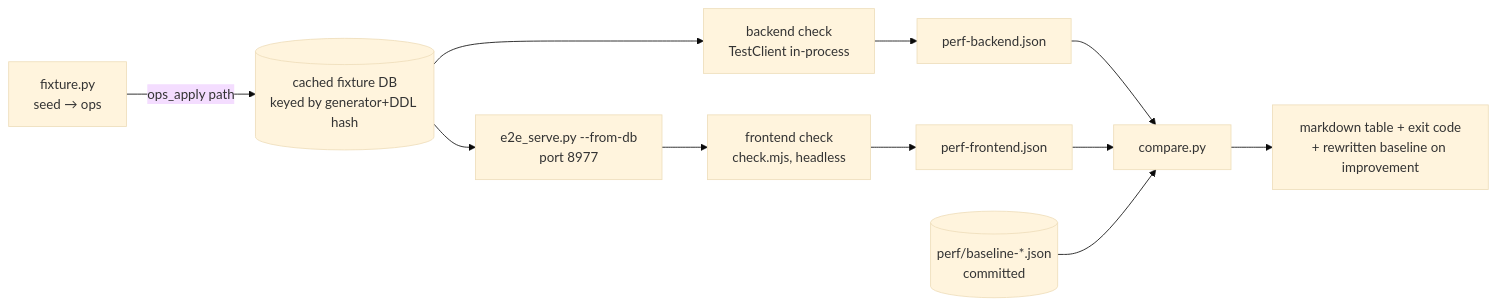
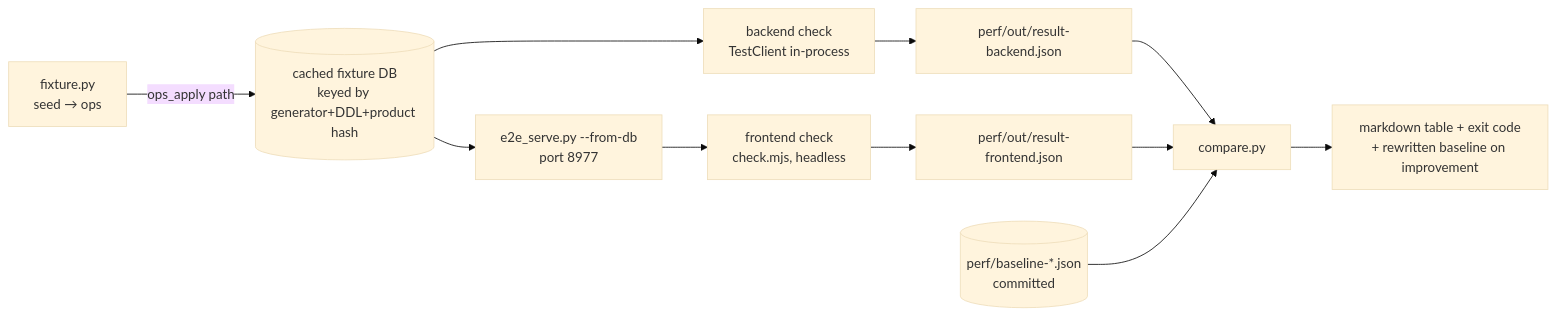
Before and after one commit to ArthurClune/pkm-system: the first of 2 diagrams in docs/superpowers/specs/2026-09-26-perf-regression-checks-design.md, drawn with Mermaid (base theme). The commit also changed other lines of this file and 2 other files, not shown here.

First line of the commit message:
docs(pkm-q1hh): perf verdict follow-ups; spec matches what shipped

````diff
--- a/docs/superpowers/specs/2026-09-26-perf-regression-checks-design.md
+++ b/docs/superpowers/specs/2026-09-26-perf-regression-checks-design.md
@@ -35,12 +35,12 @@
 ```mermaid
 flowchart LR
-  G[fixture.py<br/>seed → ops] -->|ops_apply path| DB[(cached fixture DB<br/>keyed by generator+DDL hash)]
+  G[fixture.py<br/>seed → ops] -->|ops_apply path| DB[(cached fixture DB<br/>keyed by generator+DDL+product hash)]
   DB --> BE[backend check<br/>TestClient in-process]
   DB --> SV[e2e_serve.py --from-db<br/>port 8977]
   SV --> FE[frontend check<br/>check.mjs, headless]
-  BE --> RB[perf-backend.json]
-  FE --> RF[perf-frontend.json]
+  BE --> RB[perf/out/result-backend.json]
+  FE --> RF[perf/out/result-frontend.json]
   RB & RF --> CMP[compare.py]
   BL[(perf/baseline-*.json<br/>committed)] --> CMP
   CMP --> T[markdown table + exit code<br/>+ rewritten baseline on improvement]
 ```
````
